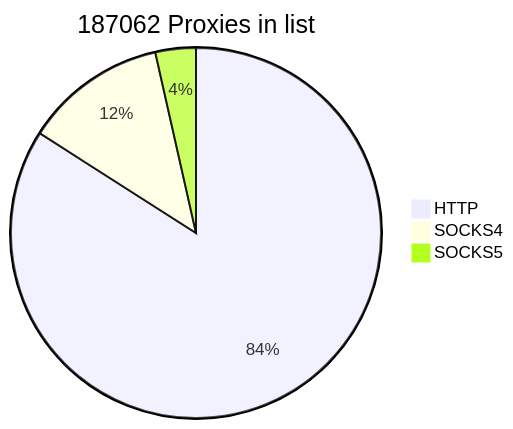
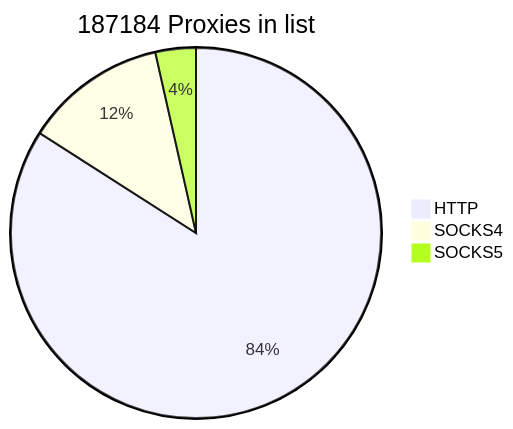
The first of 2 diagrams in README.md (cutipu/proxylist), drawn with Mermaid before and after one commit. The commit also changed other lines of this file, not shown here.

````diff
--- a/README.md
+++ b/README.md
@@ -2,7 +2,7 @@
 ```mermaid
-pie title 187062 Proxies in list
-    "HTTP" : 157211
+pie title 187184 Proxies in list
+    "HTTP" : 157334
     "SOCKS4" : 23242
-    "SOCKS5" : 6609
+    "SOCKS5" : 6608
             
 ```
````
